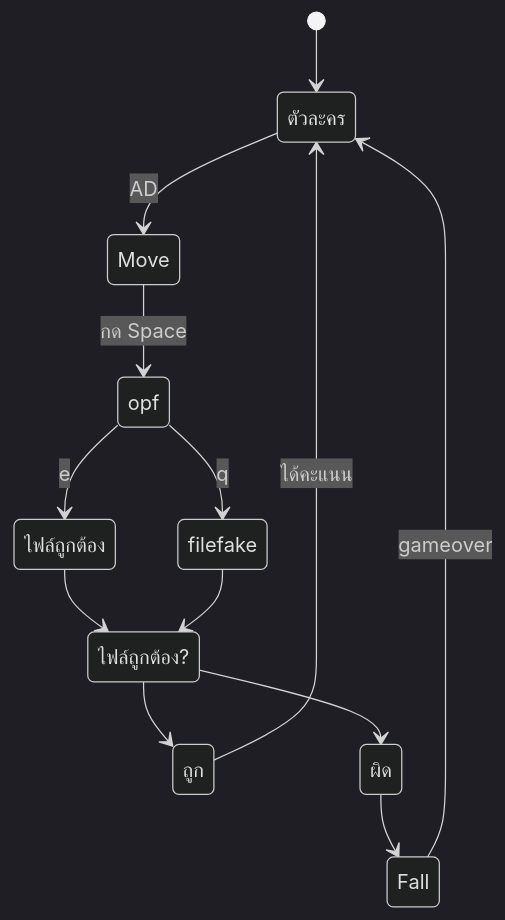
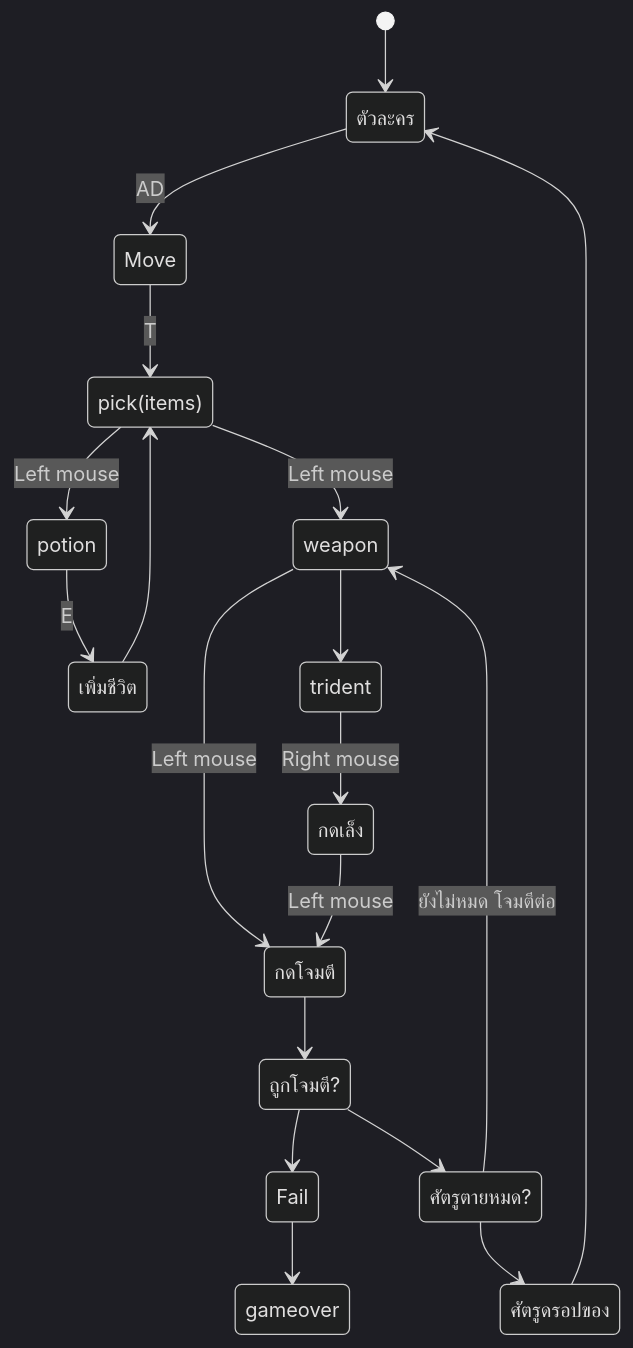
Before and after one commit to EVE2486/DG225_-PROJECT-derni-re--GAME: the diagram in docs/gdd/03-mechanics.md, drawn with Mermaid (dark theme). The commit also changed other lines of this file and 2 other files, not shown here.

Commit message:
Refine core loop and mechanics: update gameplay flow, item interactions, and win/lose conditions; enhance asset list with new sprites and audio status

````diff
--- a/docs/gdd/03-mechanics.md
+++ b/docs/gdd/03-mechanics.md
@@ -10,16 +10,22 @@
 ```mermaid
 stateDiagram-v2
     [*] --> ตัวละคร
     ตัวละคร --> Move : AD
-    Move --> opf : กด Space
-    opf --> ไฟล์ถูกต้อง : e
-    Fall --> ตัวละคร : gameover
-    opf --> filefake : q
-    ไฟล์ถูกต้อง --> ไฟล์ถูกต้อง?
-    filefake --> ไฟล์ถูกต้อง?
-    ไฟล์ถูกต้อง? --> ถูก
-    ไฟล์ถูกต้อง? --> ผิด
-    ถูก --> ตัวละคร : ได้คะแนน
-    ผิด --> Fall
+    Move --> pick(items) : T
+    pick(items) --> weapon : Left mouse
+    pick(items) --> potion : Left mouse
+    potion --> เพิ่มชีวิต : E
+    เพิ่มชีวิต --> pick(items)
+    weapon --> กดโจมตี : Left mouse
+    weapon --> trident
+    trident --> กดเล็ง : Right mouse
+    กดเล็ง --> กดโจมตี : Left mouse
+    Fail --> gameover
+    กดโจมตี --> ถูกโจมตี?
+    ถูกโจมตี? --> Fail
+    ถูกโจมตี? --> ศัตรูตายหมด?
+    ศัตรูตายหมด? --> weapon : ยังไม่หมด โจมตีต่อ
+    ศัตรูตายหมด? --> ศัตรูดรอปของ
+    ศัตรูดรอปของ --> ตัวละคร
   
 ```
````
